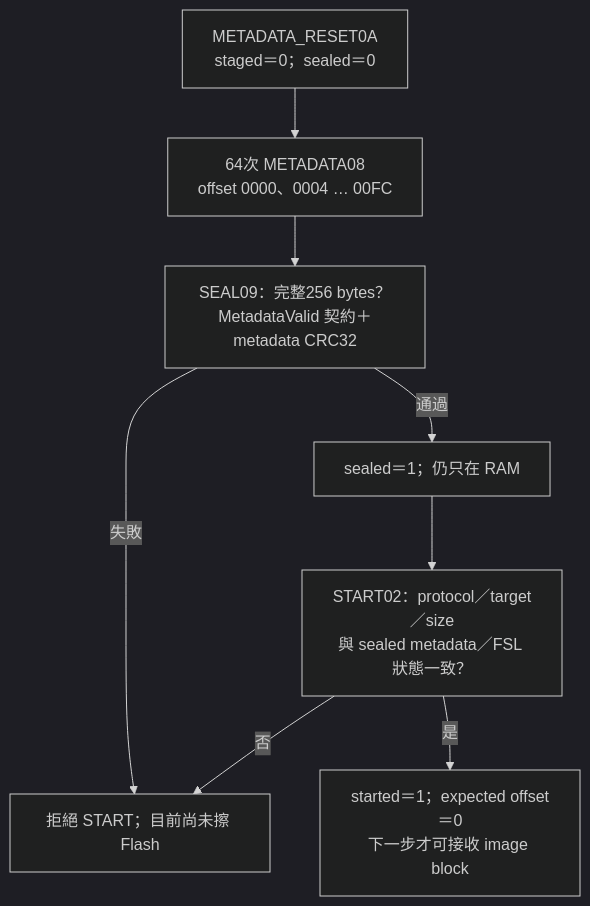
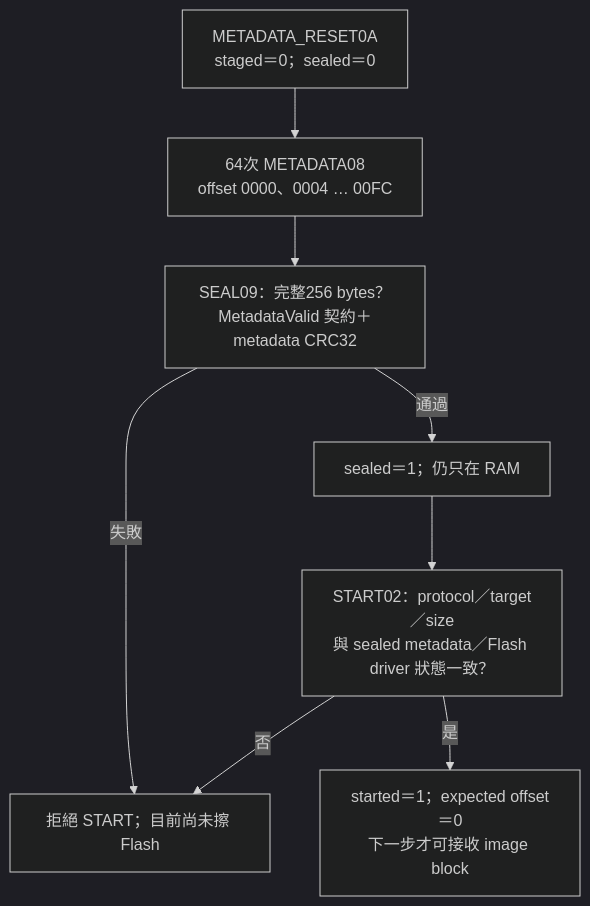
One commit to released/slide_isp_tool_for_RL78 changed the eighth of 14 diagrams in index.md. Above: the diagram before and after it, drawn with Mermaid (dark theme). The commit also changed other lines of this file and 2 other files, not shown here.

````diff
--- a/index.md
+++ b/index.md
@@ -794,10 +387,10 @@
 ```mermaid
 flowchart TD
     R["METADATA_RESET0A<br/>staged＝0；sealed＝0"] --> C["64次 METADATA08<br/>offset 0000、0004 … 00FC"]
     C --> S["SEAL09：完整256 bytes？<br/>MetadataValid 契約＋metadata CRC32"]
     S -->|失敗| X["拒絕 START；目前尚未擦 Flash"]
     S -->|通過| P["sealed＝1；仍只在 RAM"]
-    P --> A["START02：protocol／target／size<br/>與 sealed metadata／FSL 狀態一致？"]
+    P --> A["START02：protocol／target／size<br/>與 sealed metadata／Flash driver 狀態一致？"]
     A -->|否| X
     A -->|是| B["started＝1；expected offset＝0<br/>下一步才可接收 image block"]
 ```
````
